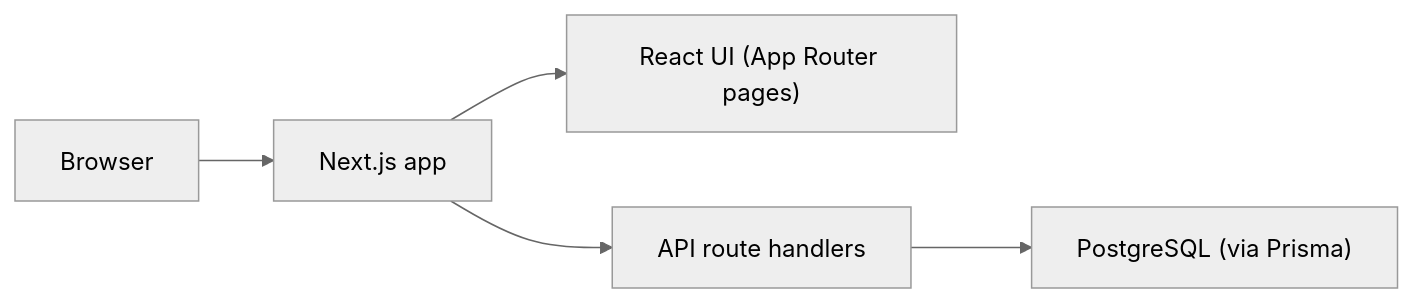
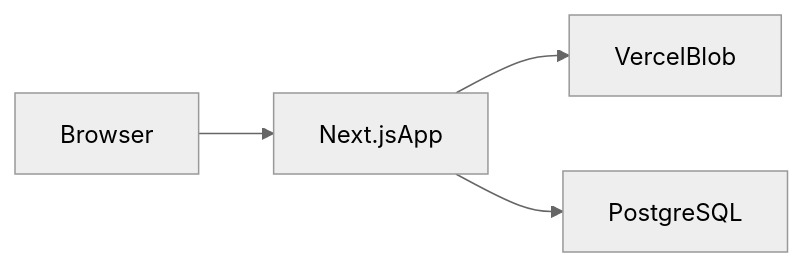
One commit to pdumaitre-dev/video-collab changed the diagram in docs/architecture.md. Above: the diagram before and after it, drawn with Mermaid (neutral theme). The commit also changed other lines of this file and 6 other files, not shown here.

````diff
--- a/docs/architecture.md
+++ b/docs/architecture.md
@@ -11,7 +7,6 @@
 ```mermaid
 flowchart LR
-  browser[Browser] --> nextApp["Next.js app"]
-  nextApp --> pages["React UI (App Router pages)"]
-  nextApp --> apiRoutes["API route handlers"]
-  apiRoutes --> postgres["PostgreSQL (via Prisma)"]
+  browser[Browser] --> nextApp["Next.jsApp"]
+  nextApp --> blobStore["VercelBlob"]
+  nextApp --> postgres["PostgreSQL"]
 ```
````
